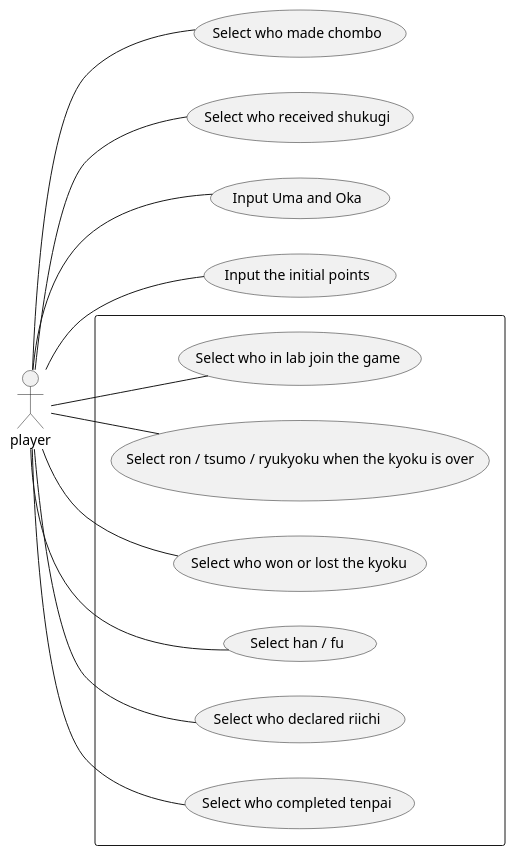
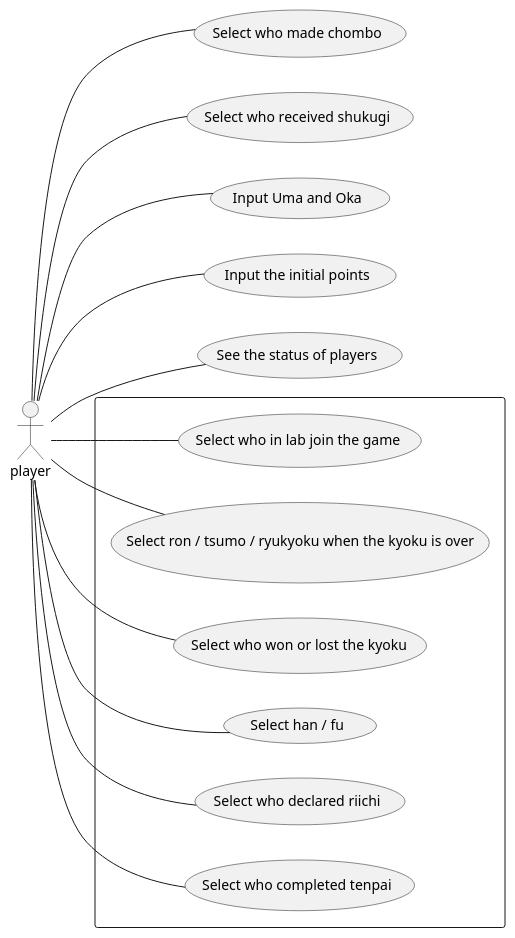
One commit to landcelita/mahjong-management-bot changed the diagram in docs/usecase.md. Above: the diagram before and after it, drawn with PlantUML. The commit also changed 2 other files, not shown here.

Commit message:
ドメインモデル図の作成をした

````diff
--- a/docs/usecase.md
+++ b/docs/usecase.md
@@ -1,16 +1,17 @@
 ```plantuml
 actor player
 left to right direction
 rectangle {
     player -- (Select who in lab join the game)
     player -- (Select ron / tsumo / ryukyoku when the kyoku is over)
     player -- (Select who won or lost the kyoku)
     player -- (Select han / fu)
     player -- (Select who declared riichi)
     player -- (Select who completed tenpai)
 }
 player -- (Select who made chombo)
 player -- (Select who received shukugi)
 player -- (Input Uma and Oka)
 player -- (Input the initial points)
+player -- (See the status of players)
 ```
````
